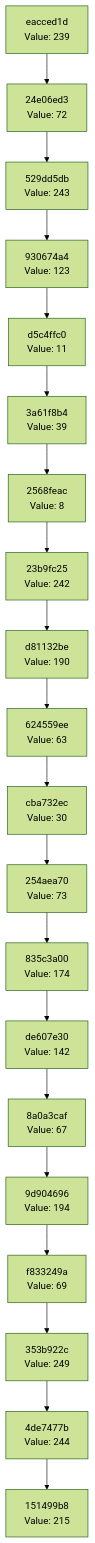
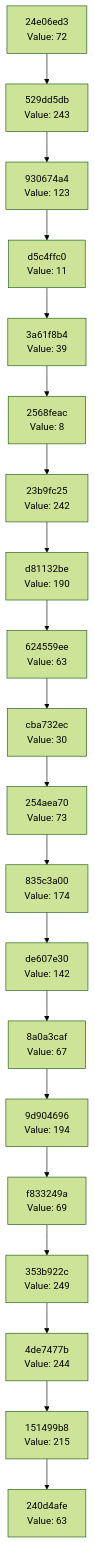
The diagram in docs/CHAIN_VISUALIZATION.md (Abhisheksinha1506/hash-chain-evolver), drawn with Mermaid (forest theme) before and after one commit. The commit also changed 3 other files, not shown here.

````diff
--- a/docs/CHAIN_VISUALIZATION.md
+++ b/docs/CHAIN_VISUALIZATION.md
@@ -3,42 +3,42 @@
 ```mermaid
 graph TD
-    C0["151499b8<br/>Value: 215"]
-    C1["4de7477b<br/>Value: 244"]
+    C0["240d4afe<br/>Value: 63"]
+    C1["151499b8<br/>Value: 215"]
     C1 --> C0
-    C2["353b922c<br/>Value: 249"]
+    C2["4de7477b<br/>Value: 244"]
     C2 --> C1
-    C3["f833249a<br/>Value: 69"]
+    C3["353b922c<br/>Value: 249"]
     C3 --> C2
-    C4["9d904696<br/>Value: 194"]
+    C4["f833249a<br/>Value: 69"]
     C4 --> C3
-    C5["8a0a3caf<br/>Value: 67"]
+    C5["9d904696<br/>Value: 194"]
     C5 --> C4
-    C6["de607e30<br/>Value: 142"]
+    C6["8a0a3caf<br/>Value: 67"]
     C6 --> C5
-    C7["835c3a00<br/>Value: 174"]
+    C7["de607e30<br/>Value: 142"]
     C7 --> C6
-    C8["254aea70<br/>Value: 73"]
+    C8["835c3a00<br/>Value: 174"]
     C8 --> C7
-    C9["cba732ec<br/>Value: 30"]
+    C9["254aea70<br/>Value: 73"]
     C9 --> C8
-    C10["624559ee<br/>Value: 63"]
+    C10["cba732ec<br/>Value: 30"]
     C10 --> C9
-    C11["d81132be<br/>Value: 190"]
+    C11["624559ee<br/>Value: 63"]
     C11 --> C10
-    C12["23b9fc25<br/>Value: 242"]
+    C12["d81132be<br/>Value: 190"]
     C12 --> C11
-    C13["2568feac<br/>Value: 8"]
+    C13["23b9fc25<br/>Value: 242"]
     C13 --> C12
-    C14["3a61f8b4<br/>Value: 39"]
+    C14["2568feac<br/>Value: 8"]
     C14 --> C13
-    C15["d5c4ffc0<br/>Value: 11"]
+    C15["3a61f8b4<br/>Value: 39"]
     C15 --> C14
-    C16["930674a4<br/>Value: 123"]
+    C16["d5c4ffc0<br/>Value: 11"]
     C16 --> C15
-    C17["529dd5db<br/>Value: 243"]
+    C17["930674a4<br/>Value: 123"]
     C17 --> C16
-    C18["24e06ed3<br/>Value: 72"]
+    C18["529dd5db<br/>Value: 243"]
     C18 --> C17
-    C19["eacced1d<br/>Value: 239"]
+    C19["24e06ed3<br/>Value: 72"]
     C19 --> C18
 ```
````
